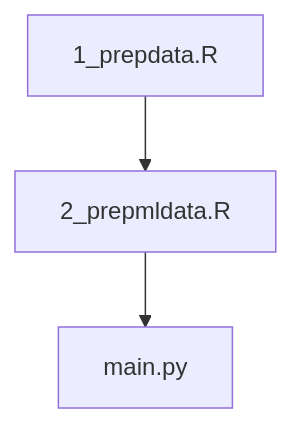
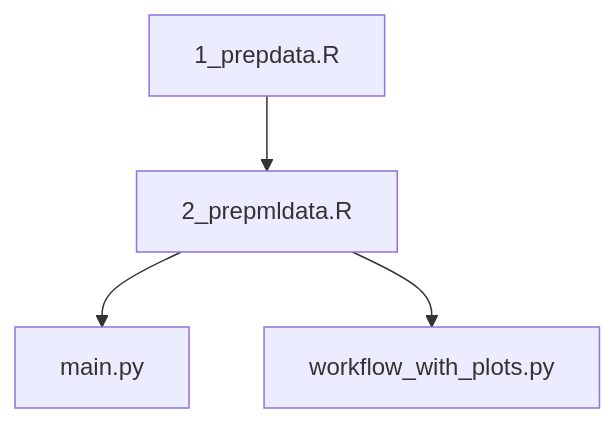
Before and after one commit to atlashrike/inat-ml: the diagram in README.md, drawn with Mermaid. The commit also changed other lines of this file, not shown here.

````diff
--- a/README.md
+++ b/README.md
@@ -3,5 +3,6 @@
 ```mermaid
 graph TD;
     1_prepdata.R-->2_prepmldata.R;
     2_prepmldata.R-->main.py;
+    2_prepmldata.R-->workflow_with_plots.py;
 ```
````
